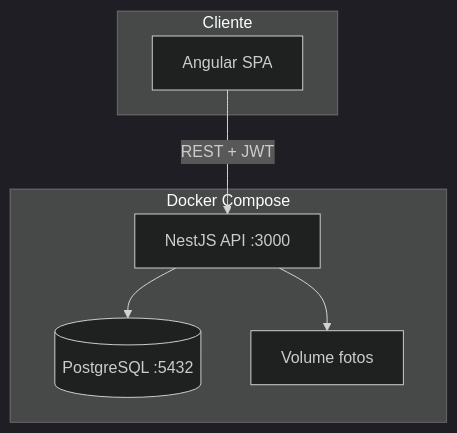
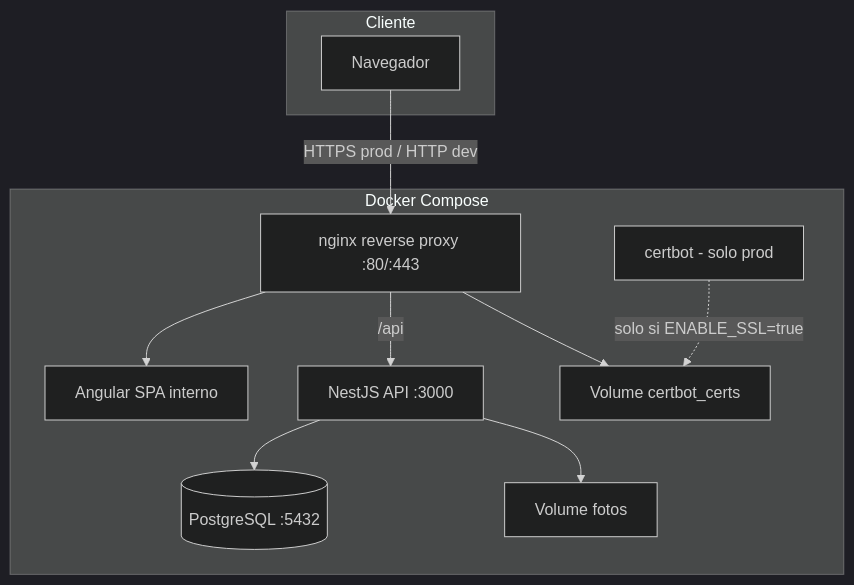
The first of 3 diagrams in PLAN.md (jose-cheble/FutbolOlvidable), drawn with Mermaid (dark theme) before and after one commit. The commit also changed other lines of this file, not shown here.

````diff
--- a/PLAN.md
+++ b/PLAN.md
@@ -9,16 +11,24 @@
 ```mermaid
 flowchart TB
     subgraph client [Cliente]
-        Angular[Angular SPA]
+        Browser[Navegador]
     end
 
     subgraph docker [Docker Compose]
+        Nginx[nginx reverse proxy :80/:443]
+        Certbot[certbot - solo prod]
+        Frontend[Angular SPA interno]
         API[NestJS API :3000]
         DB[(PostgreSQL :5432)]
         Vol[Volume fotos]
+        Certs[Volume certbot_certs]
     end
 
-    Angular -->|REST + JWT| API
+    Browser -->|HTTPS prod / HTTP dev| Nginx
+    Nginx --> Frontend
+    Nginx -->|/api| API
+    Certbot -.->|solo si ENABLE_SSL=true| Certs
+    Nginx --> Certs
     API --> DB
     API --> Vol
 ```
````
